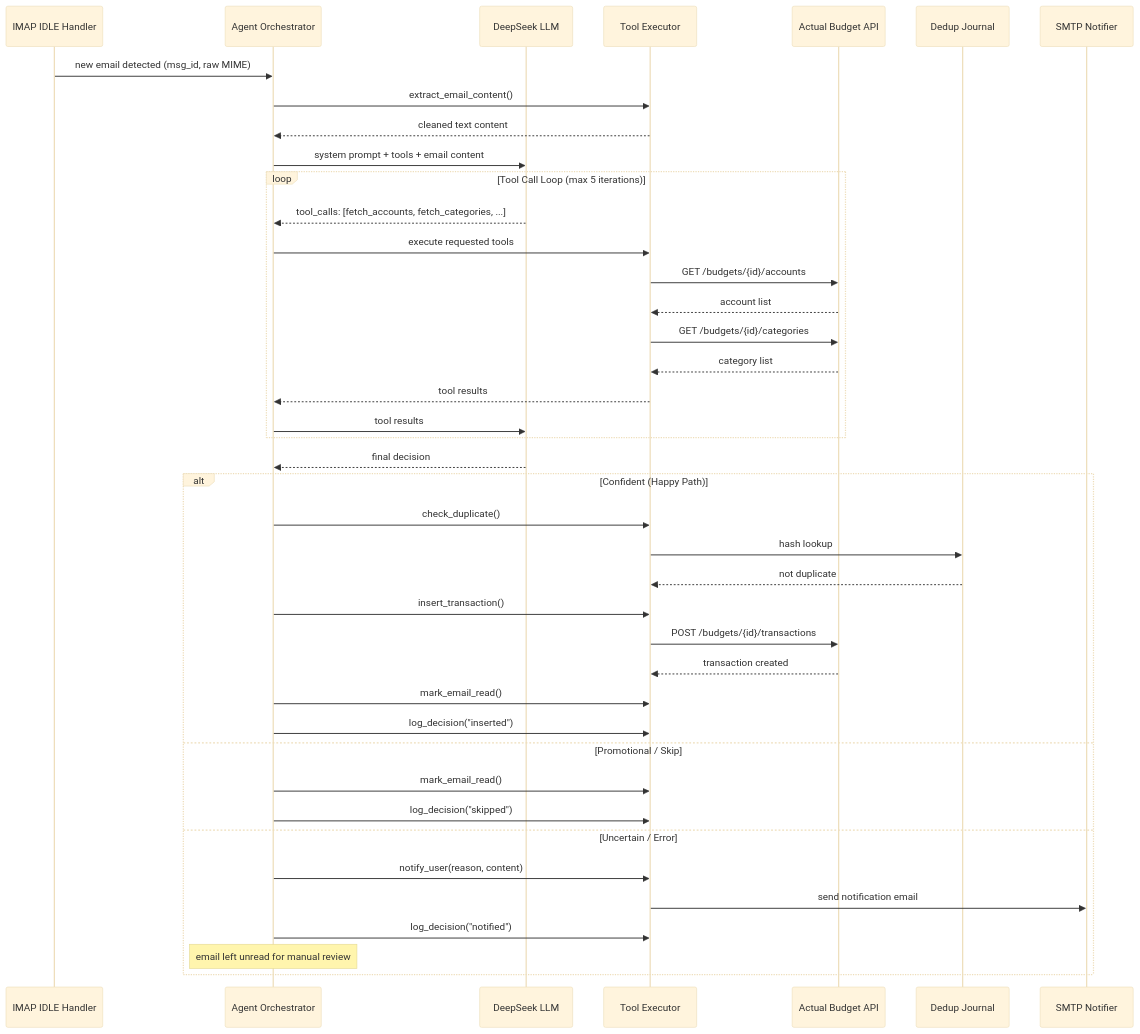
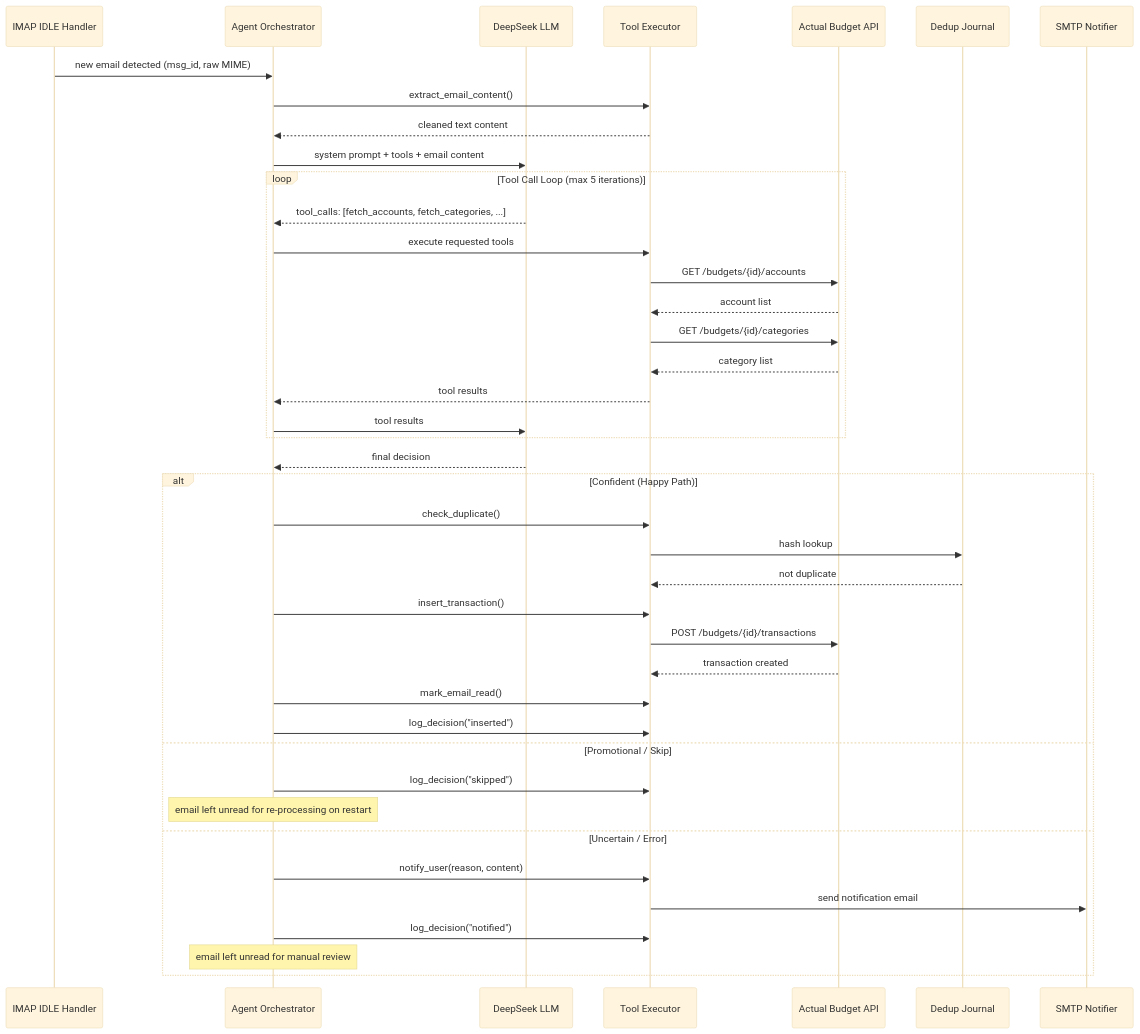
The fourth of 9 diagrams in design.md (darrencjh8/darren-openclaw), drawn with Mermaid (base theme) before and after one commit. The commit also changed other lines of this file and 17 other files, not shown here.

````diff
--- a/design.md
+++ b/design.md
@@ -266,47 +266,47 @@
 ```mermaid
 sequenceDiagram
     participant IMAP as IMAP IDLE Handler
     participant Orch as Agent Orchestrator
     participant LLM as DeepSeek LLM
     participant Tools as Tool Executor
     participant AB as Actual Budget API
     participant DB as Dedup Journal
     participant SMTP as SMTP Notifier
 
     IMAP->>Orch: new email detected (msg_id, raw MIME)
     Orch->>Tools: extract_email_content()
     Tools-->>Orch: cleaned text content
     Orch->>LLM: system prompt + tools + email content
     
     loop Tool Call Loop (max 5 iterations)
         LLM-->>Orch: tool_calls: [fetch_accounts, fetch_categories, ...]
         Orch->>Tools: execute requested tools
         Tools->>AB: GET /budgets/{id}/accounts
         AB-->>Tools: account list
         Tools->>AB: GET /budgets/{id}/categories
         AB-->>Tools: category list
         Tools-->>Orch: tool results
         Orch->>LLM: tool results
     end
 
     LLM-->>Orch: final decision
     
     alt Confident (Happy Path)
         Orch->>Tools: check_duplicate()
         Tools->>DB: hash lookup
         DB-->>Tools: not duplicate
         Orch->>Tools: insert_transaction()
         Tools->>AB: POST /budgets/{id}/transactions
         AB-->>Tools: transaction created
         Orch->>Tools: mark_email_read()
         Orch->>Tools: log_decision("inserted")
     else Promotional / Skip
-        Orch->>Tools: mark_email_read()
         Orch->>Tools: log_decision("skipped")
+        Note over Orch: email left unread for re-processing on restart
     else Uncertain / Error
         Orch->>Tools: notify_user(reason, content)
         Tools->>SMTP: send notification email
         Orch->>Tools: log_decision("notified")
         Note over Orch: email left unread for manual review
     end
 ```
````
